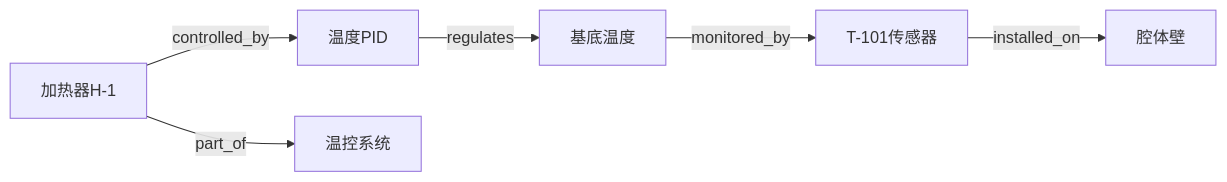
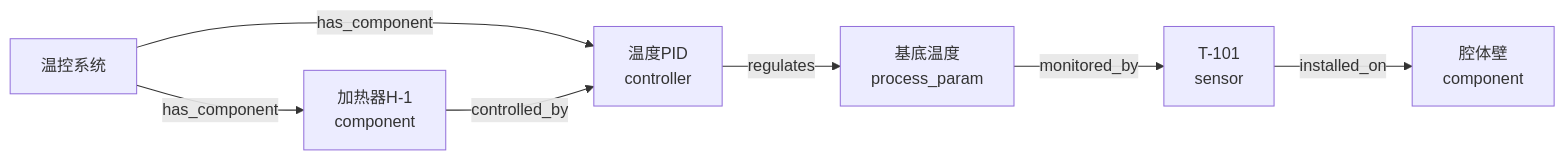
Before and after one commit to pty819/cortex-py-book: the second of 3 diagrams in source/chapters/06-ontology-and-assertion.md, drawn with Mermaid. The commit also changed other lines of this file and 11 other files, not shown here.

````diff
--- a/source/chapters/06-ontology-and-assertion.md
+++ b/source/chapters/06-ontology-and-assertion.md
@@ -88,8 +98,9 @@
 ```{mermaid}
 graph LR
-    PID[温度PID] -->|regulates| TEMP[基底温度]
-    TEMP -->|monitored_by| T101[T-101传感器]
-    T101 -->|installed_on| WALL[腔体壁]
-    HEATER[加热器H-1] -->|controlled_by| PID
-    HEATER -->|part_of| SYS[温控系统]
+    SYS[温控系统] -->|has_component| PID[温度PID<br/>controller]
+    SYS -->|has_component| HEATER[加热器H-1<br/>component]
+    PID -->|regulates| TEMP[基底温度<br/>process_param]
+    TEMP -->|monitored_by| T101[T-101<br/>sensor]
+    T101 -->|installed_on| WALL[腔体壁<br/>component]
+    HEATER -->|controlled_by| PID
 ```
````
